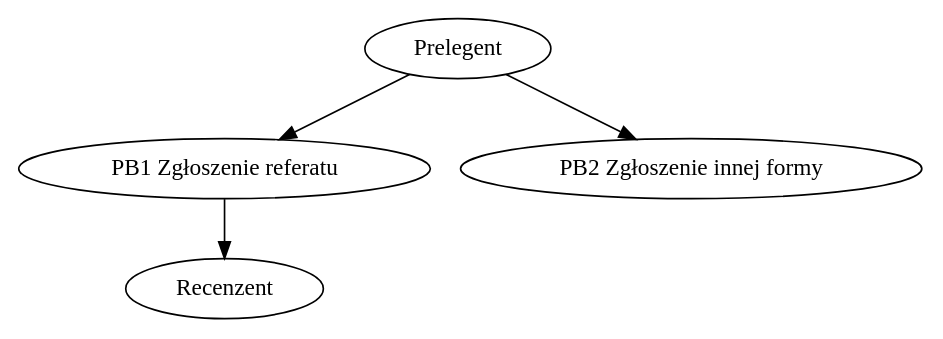
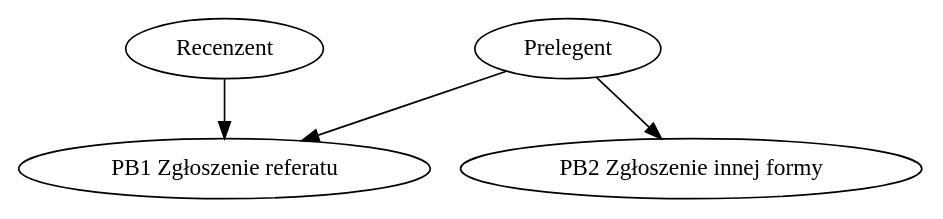
The diagram in przypadki.dot (zyla/iop_konferencja), drawn with Graphviz before and after one commit.

Commit message:
Changes so far

```diff
--- a/przypadki.dot
+++ b/przypadki.dot
@@ -1,6 +1,6 @@
 digraph {
 	"Prelegent" -> "PB1 Zgłoszenie referatu";
 	"Prelegent" -> "PB2 Zgłoszenie innej formy";
 
-	"PB1 Zgłoszenie referatu" -> "Recenzent";
+	"Recenzent" -> "PB1 Zgłoszenie referatu";
 }
```
